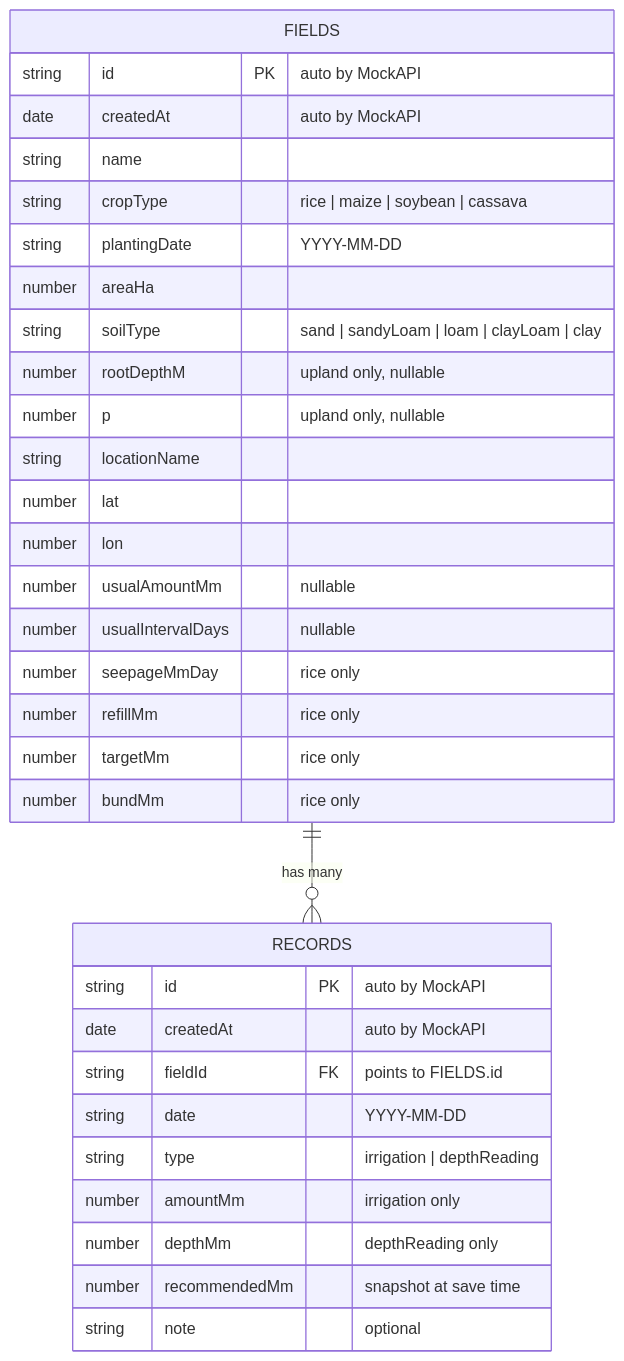
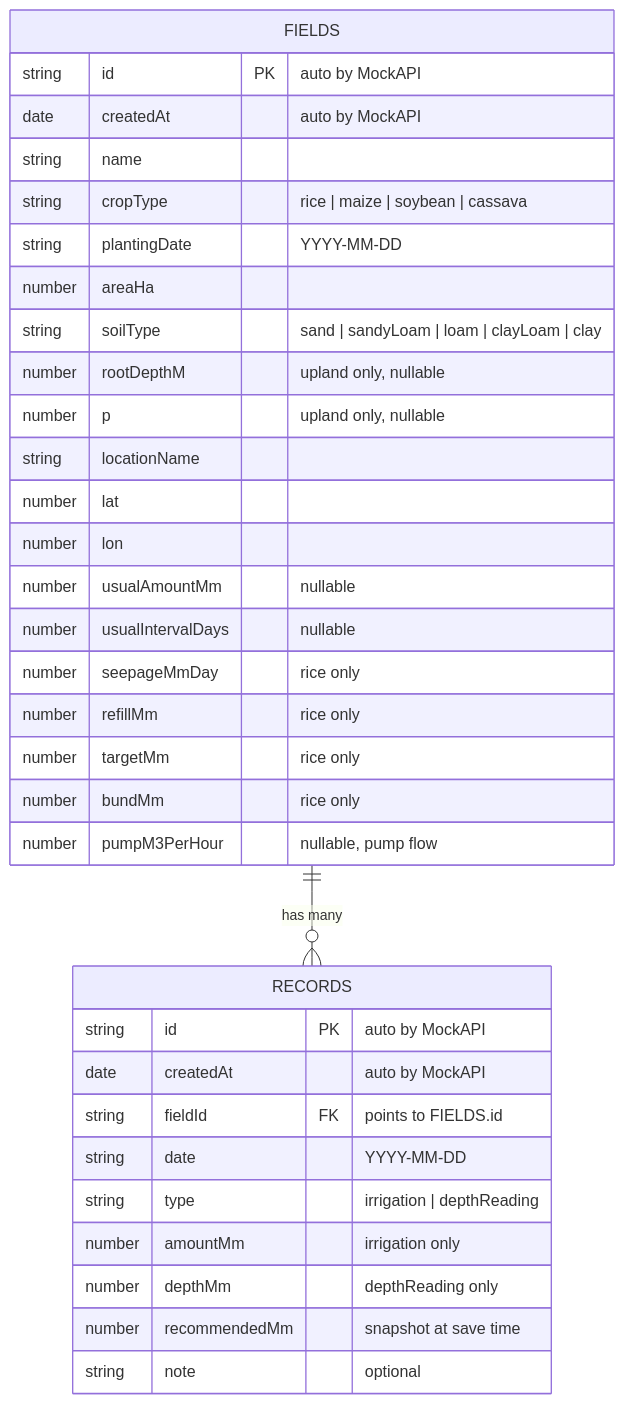
One commit to ViiUnknown/aquaplan changed the fifth of 13 diagrams in ARCHITECTURE.md. Above: the diagram before and after it, drawn with Mermaid. The commit also changed other lines of this file and 37 other files, not shown here.

````diff
--- a/ARCHITECTURE.md
+++ b/ARCHITECTURE.md
@@ -180,37 +201,38 @@
 ```mermaid
 erDiagram
     FIELDS ||--o{ RECORDS : "has many"
 
     FIELDS {
         string id PK "auto by MockAPI"
         date createdAt "auto by MockAPI"
         string name
         string cropType "rice | maize | soybean | cassava"
         string plantingDate "YYYY-MM-DD"
         number areaHa
         string soilType "sand | sandyLoam | loam | clayLoam | clay"
         number rootDepthM "upland only, nullable"
         number p "upland only, nullable"
         string locationName
         number lat
         number lon
         number usualAmountMm "nullable"
         number usualIntervalDays "nullable"
         number seepageMmDay "rice only"
         number refillMm "rice only"
         number targetMm "rice only"
         number bundMm "rice only"
+        number pumpM3PerHour "nullable, pump flow"
     }
 
     RECORDS {
         string id PK "auto by MockAPI"
         date createdAt "auto by MockAPI"
         string fieldId FK "points to FIELDS.id"
         string date "YYYY-MM-DD"
         string type "irrigation | depthReading"
         number amountMm "irrigation only"
         number depthMm "depthReading only"
         number recommendedMm "snapshot at save time"
         string note "optional"
     }
 ```
````
